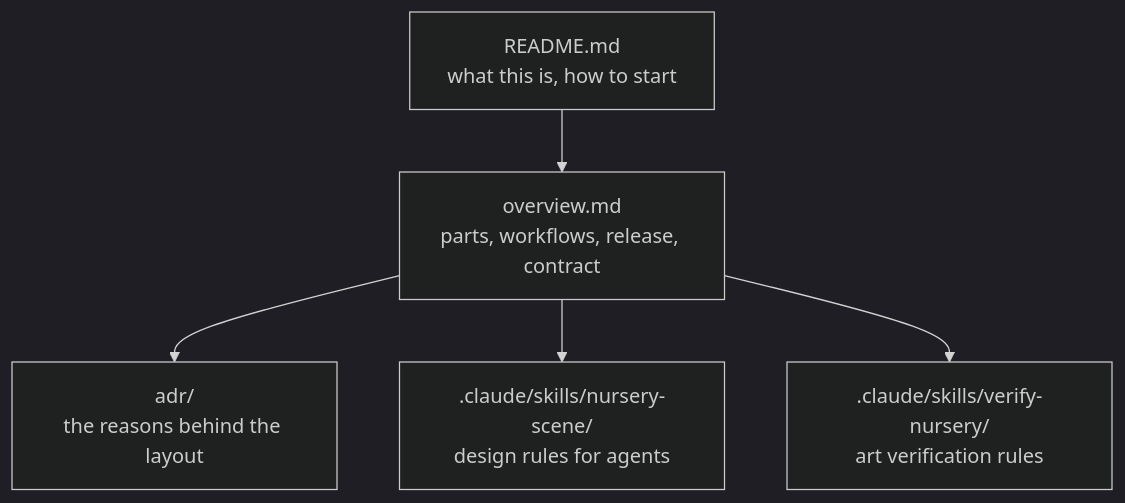
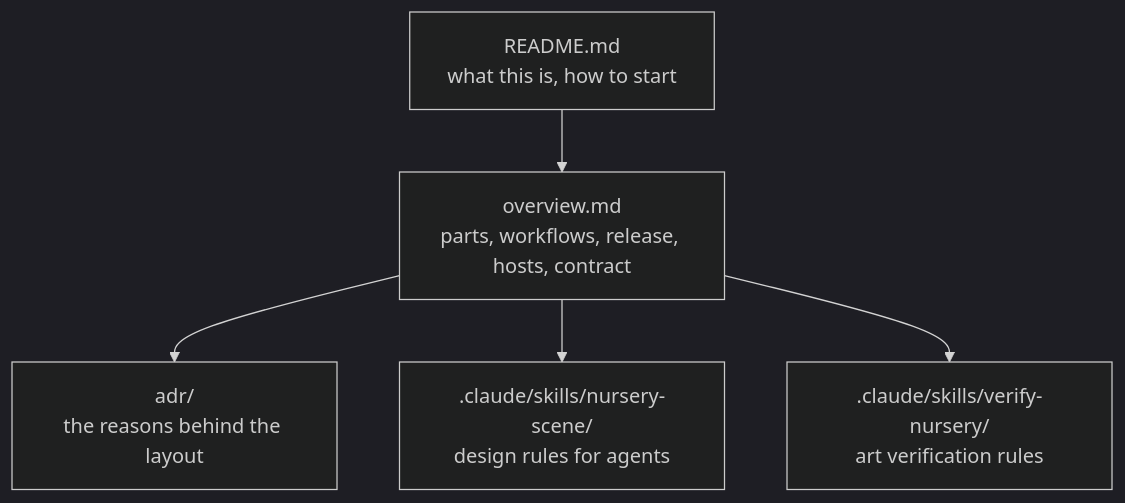
The diagram in docs/README.md (spinningyoyo/omsync-nursery), drawn with Mermaid (dark theme) before and after one commit. The commit also changed other lines of this file and 33 other files, not shown here.

````diff
--- a/docs/README.md
+++ b/docs/README.md
@@ -3,7 +3,7 @@
 ```mermaid
 flowchart TD
-    Readme["README.md<br/>what this is, how to start"] --> Overview["overview.md<br/>parts, workflows, release, contract"]
+    Readme["README.md<br/>what this is, how to start"] --> Overview["overview.md<br/>parts, workflows, release, hosts, contract"]
     Overview --> Adr["adr/<br/>the reasons behind the layout"]
     Overview --> Skill[".claude/skills/nursery-scene/<br/>design rules for agents"]
     Overview --> VerifySkill[".claude/skills/verify-nursery/<br/>art verification rules"]
 ```
````
